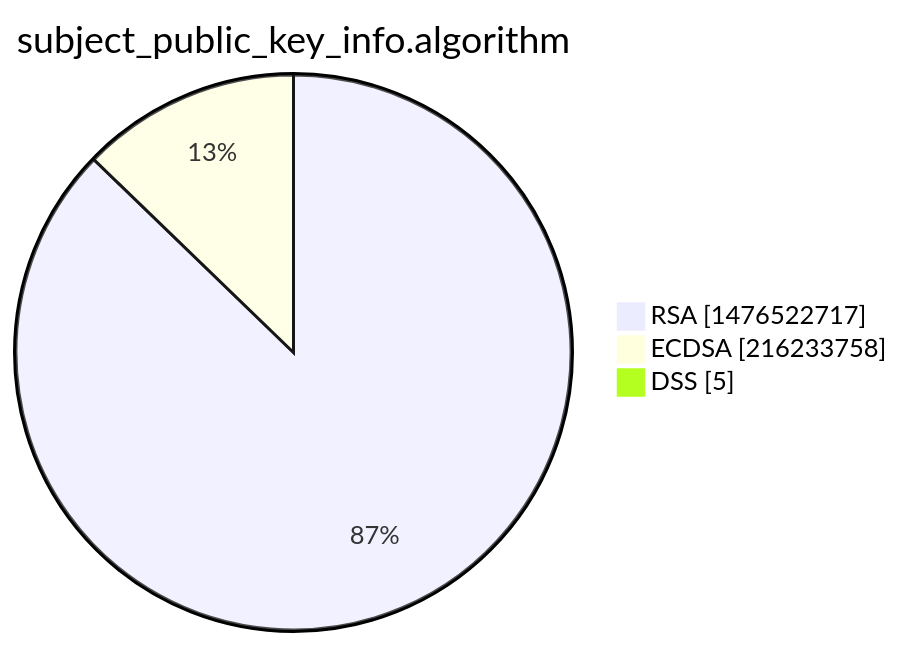
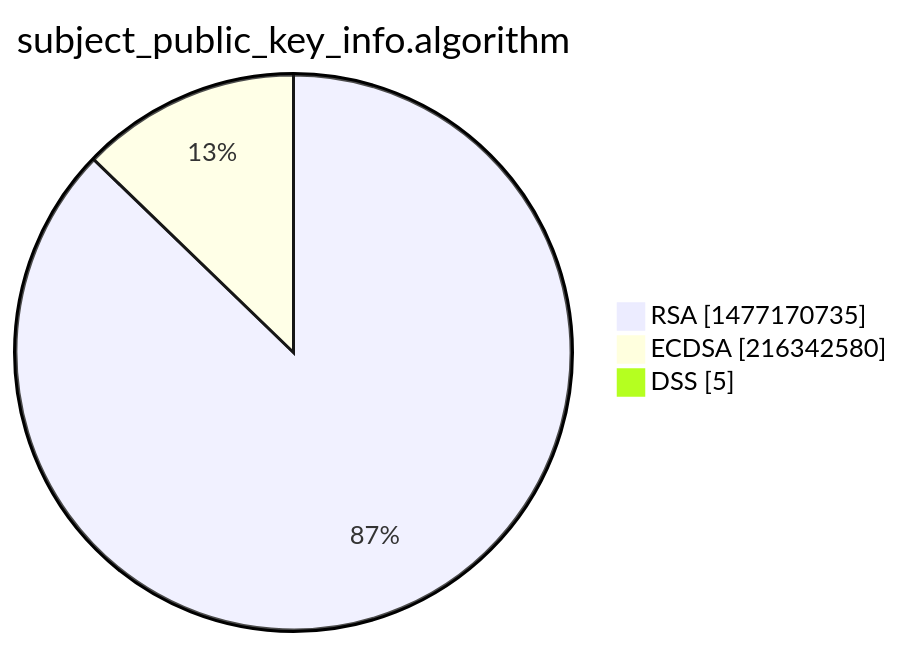
Before and after one commit to christiankrug/ctmonitor_visualization: the third of 15 diagrams in xenon2022/README.md, drawn with Mermaid. The commit also changed other lines of this file, not shown here.

````diff
--- a/xenon2022/README.md
+++ b/xenon2022/README.md
@@ -14,7 +14,7 @@
 ```mermaid
 pie showData
 title subject_public_key_info.algorithm
-"RSA" :1476522717
-"ECDSA" :216233758
+"RSA" :1477170735
+"ECDSA" :216342580
 "DSS" :5
 ```
````
